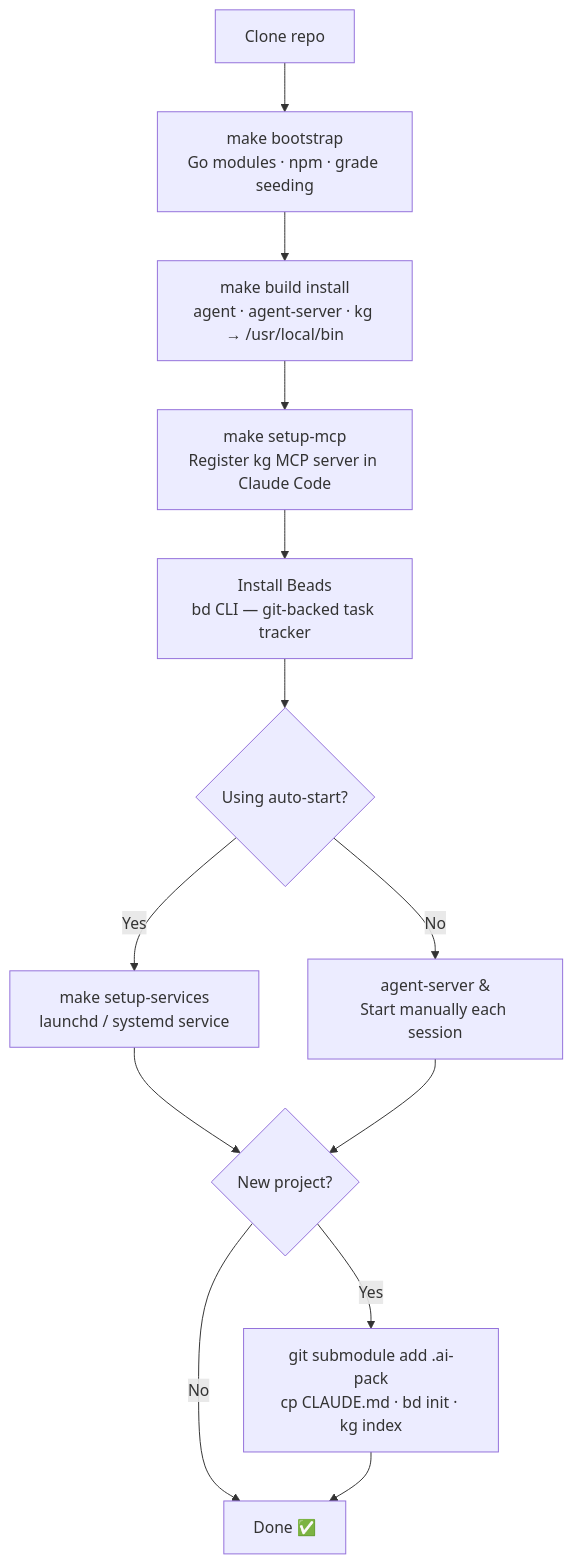
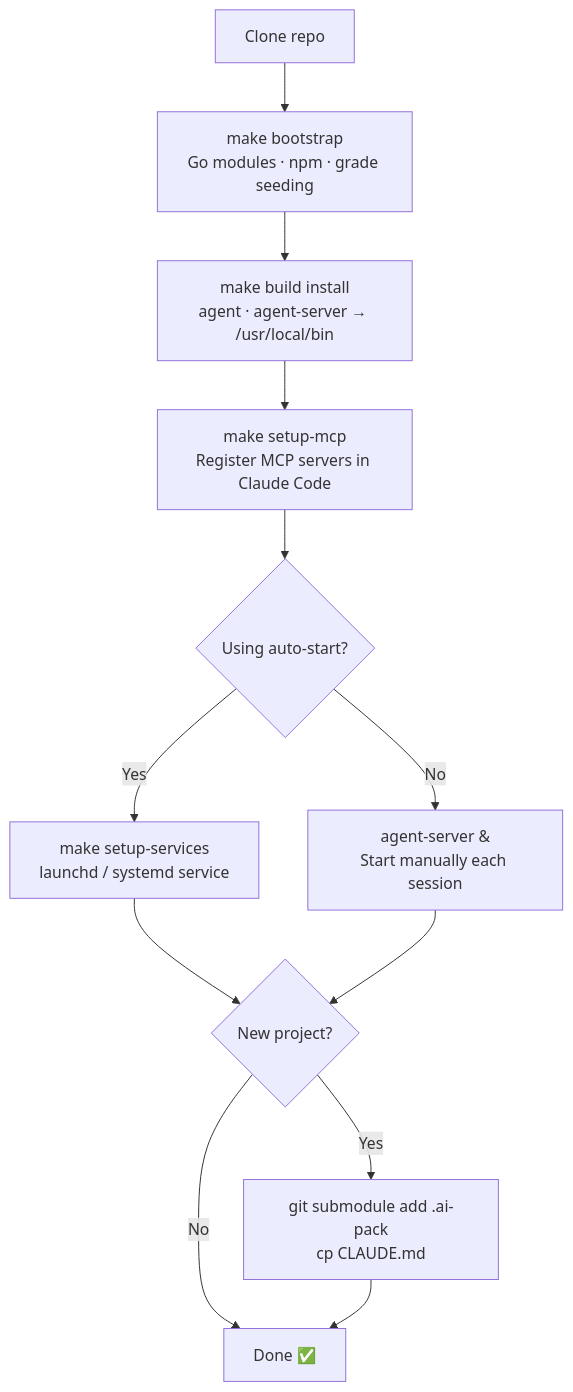
One commit to Cortexa-LLC/ai-pack changed the diagram in INSTALL.md. Above: the diagram before and after it, drawn with Mermaid. The commit also changed other lines of this file and 1 other file, not shown here.

First line of the commit message:
refactor: remove dolt-shared service and all Beads references

````diff
--- a/INSTALL.md
+++ b/INSTALL.md
@@ -5,15 +5,14 @@
 ```mermaid
 flowchart TD
     A[Clone repo] --> B["make bootstrap\nGo modules · npm · grade seeding"]
-    B --> C["make build install\nagent · agent-server · kg → /usr/local/bin"]
-    C --> D["make setup-mcp\nRegister kg MCP server in Claude Code"]
-    D --> E["Install Beads\nbd CLI — git-backed task tracker"]
-    E --> F{Using auto-start?}
-    F -->|Yes| G["make setup-services\nlaunchd / systemd service"]
-    F -->|No| H["agent-server &\nStart manually each session"]
-    G --> I{New project?}
-    H --> I
-    I -->|Yes| J["git submodule add .ai-pack\ncp CLAUDE.md · bd init · kg index"]
-    I -->|No| K[Done ✅]
-    J --> K
+    B --> C["make build install\nagent · agent-server → /usr/local/bin"]
+    C --> D["make setup-mcp\nRegister MCP servers in Claude Code"]
+    D --> E{Using auto-start?}
+    E -->|Yes| F["make setup-services\nlaunchd / systemd service"]
+    E -->|No| G["agent-server &\nStart manually each session"]
+    F --> H{New project?}
+    G --> H
+    H -->|Yes| I["git submodule add .ai-pack\ncp CLAUDE.md"]
+    H -->|No| J[Done ✅]
+    I --> J
 ```
````
